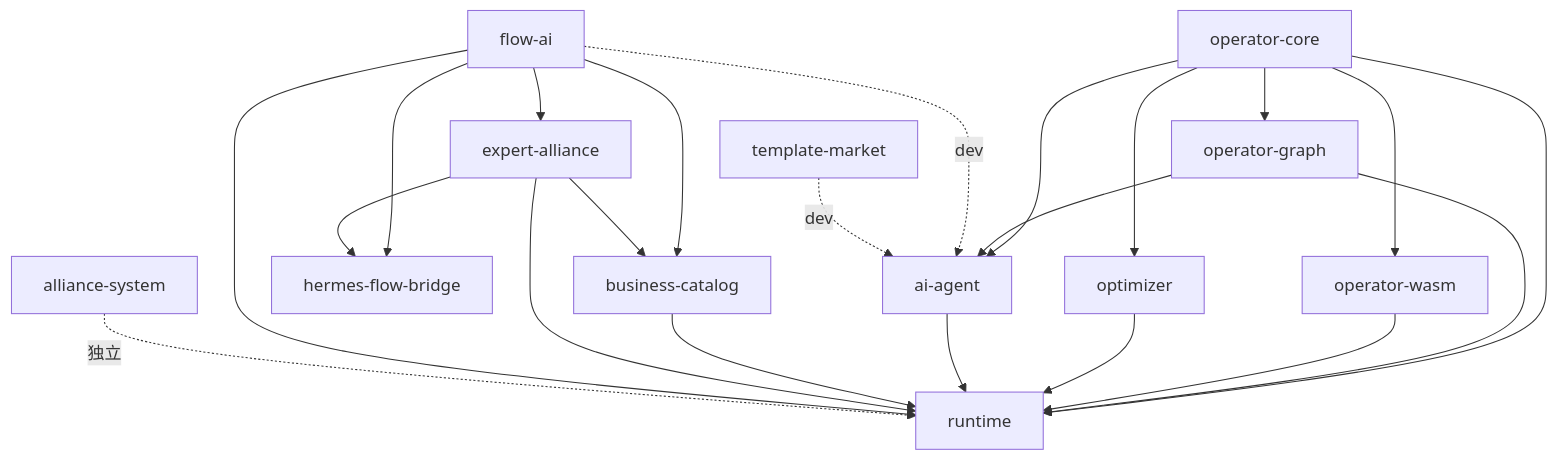
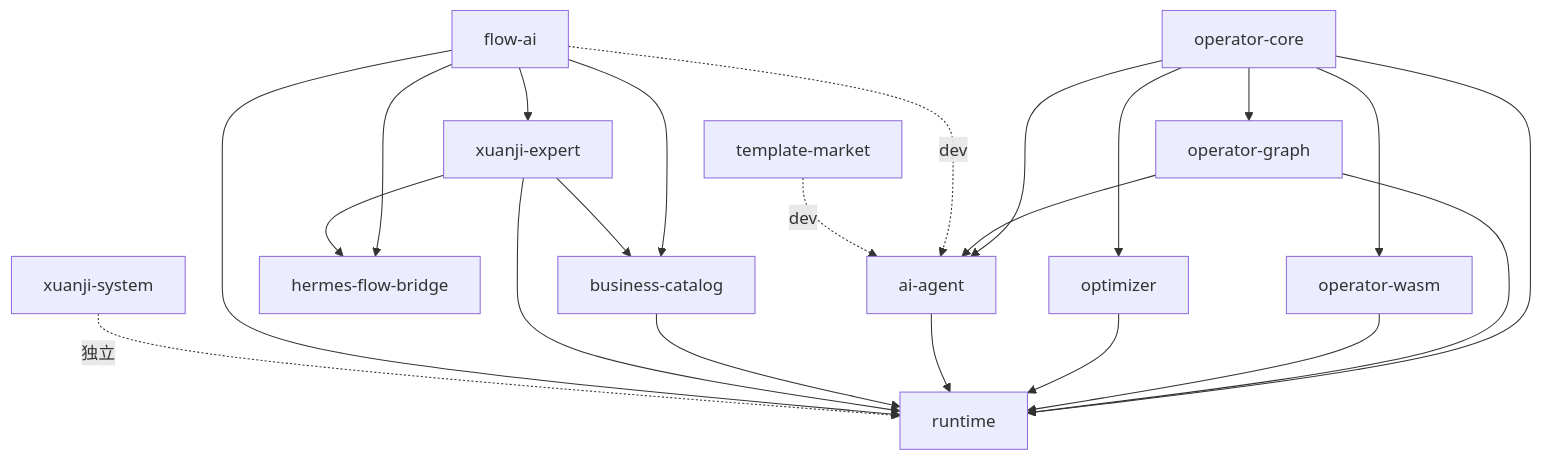
Before and after one commit to aikjx/mox: the first of 2 diagrams in OUS-业务功能规划与架构数据关系分析.md, drawn with Mermaid. The commit also changed other lines of this file and 285 other files, not shown here.

Commit message:
refactor: 重命名 expert-alliance/alliance-system 为 xuanji-expert/xuanji-system

````diff
--- a/OUS-业务功能规划与架构数据关系分析.md
+++ b/OUS-业务功能规划与架构数据关系分析.md
@@ -127,24 +127,24 @@
 ```mermaid
 graph TD
   OC[operator-core] --> OW[operator-wasm]
   OC --> OG[operator-graph]
   OC --> OP[optimizer]
-  FA[flow-ai] --> EA[expert-alliance]
+  FA[flow-ai] --> EA[xuanji-expert]
   FA --> HB[hermes-flow-bridge]
   FA --> BC[business-catalog]
   EA --> HB
   EA --> BC
   OC --> AIA[ai-agent]
   OG --> AIA
   FA -.dev.-> AIA
   TM[template-market] -.dev.-> AIA
   OC --> RT[runtime]
   OG --> RT
   OW --> RT
   OP --> RT
   AIA --> RT
   BC --> RT
   EA --> RT
   FA --> RT
-  AS[alliance-system] -.独立.-> RT
+  AS[xuanji-system] -.独立.-> RT
 ```
````
